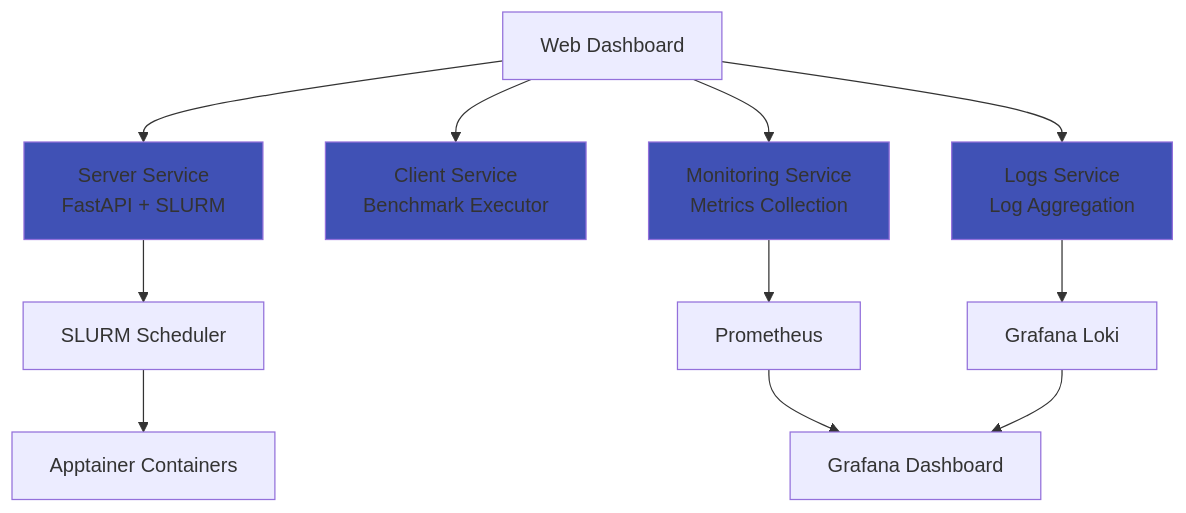
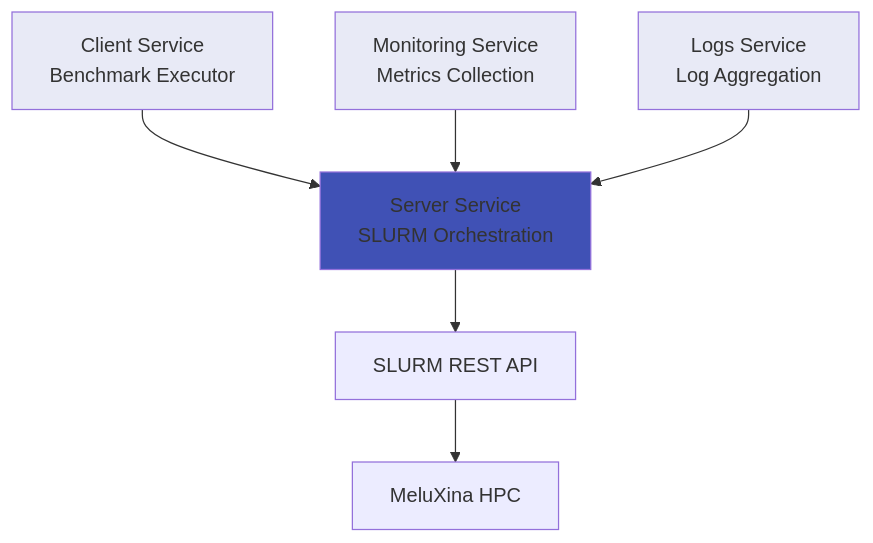
Before and after one commit to GiacomoPauletti/Benchmarking-AI-Factories: the diagram in docs/index.md, drawn with Mermaid. The commit also changed other lines of this file and 23 other files, not shown here.

````diff
--- a/docs/index.md
+++ b/docs/index.md
@@ -19,20 +13,14 @@
 ```mermaid
 graph TB
-    UI[Web Dashboard] --> Server[Server Service<br/>FastAPI + SLURM]
-    UI --> Client[Client Service<br/>Benchmark Executor]
-    UI --> Monitor[Monitoring Service<br/>Metrics Collection]
-    UI --> Logs[Logs Service<br/>Log Aggregation]
+    Client[Client Service<br/>Benchmark Executor] --> Server[Server Service<br/>SLURM Orchestration]
+    Monitor[Monitoring Service<br/>Metrics Collection] --> Server
+    Logs[Logs Service<br/>Log Aggregation] --> Server
     
-    Server --> SLURM[SLURM Scheduler]
-    SLURM --> Container[Apptainer Containers]
-    
-    Monitor --> Prometheus[Prometheus]
-    Logs --> Loki[Grafana Loki]
-    Prometheus --> Grafana[Grafana Dashboard]
-    Loki --> Grafana
+    Server --> SLURM[SLURM REST API]
+    SLURM --> HPC[MeluXina HPC]
     
     style Server fill:#4051b5
-    style Client fill:#4051b5
-    style Monitor fill:#4051b5
-    style Logs fill:#4051b5
+    style Client fill:#e8eaf6
+    style Monitor fill:#e8eaf6
+    style Logs fill:#e8eaf6
 ```
````
